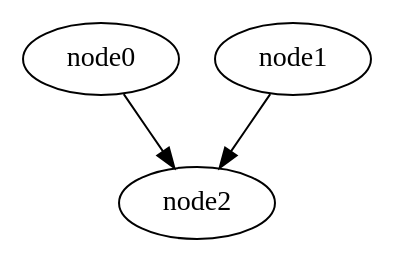
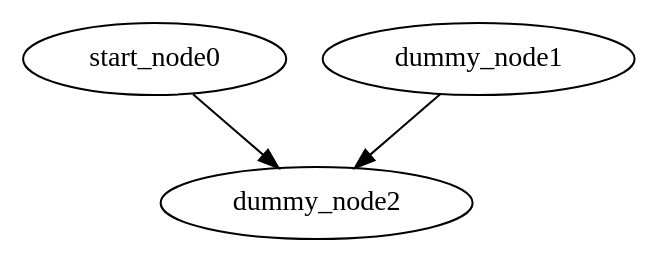
One commit to pranjalsingh4550/the-manhatthon-project changed the diagram in ast-example.dot. Above: the diagram before and after it, drawn with Graphviz. The commit also changed 8 other files, not shown here.

```diff
--- a/ast-example.dot
+++ b/ast-example.dot
@@ -1,10 +1,10 @@
 // THIS IS A TEMPLATE FOR DOT
 
 strict digraph ast {
-	node0 [name=start_node0];
-	node1 [name=dummy_node1];
-	node2 [name=dummy_node2];
+	node0 [label=start_node0];
+	node1 [label=dummy_node1];
+	node2 [label=dummy_node2];
 	node1 -> node2 ;
 	node0 -> node2 ;
 	
 }
```
